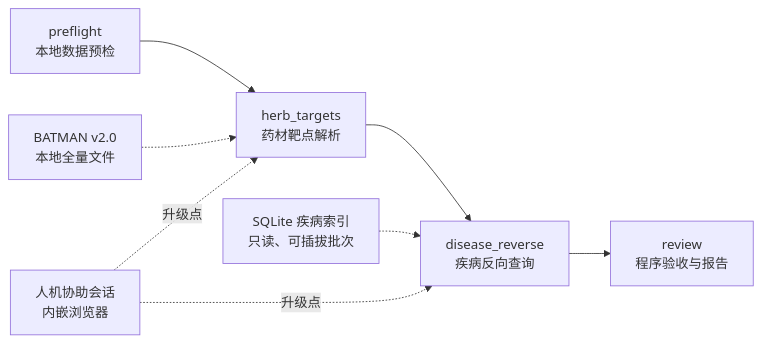
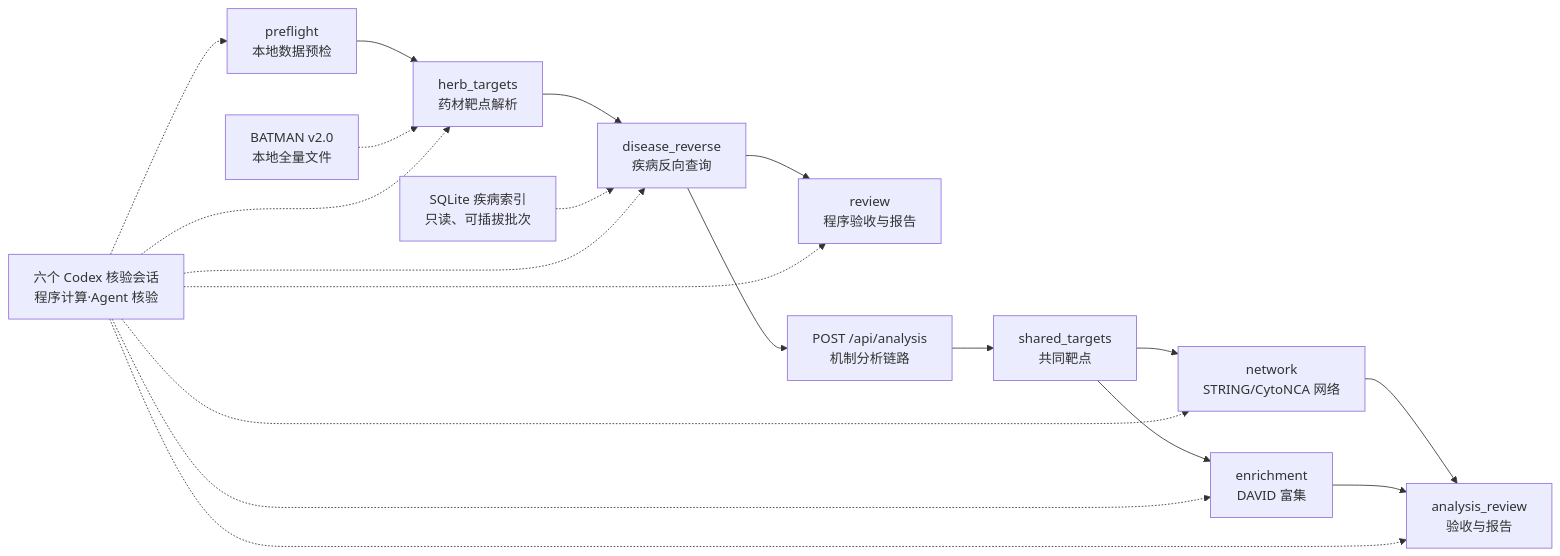
Before and after one commit to HappyLifeToCode/PharmacologyMultiAgent: the diagram in README.md, drawn with Mermaid. The commit also changed other lines of this file and 10 other files, not shown here.

````diff
--- a/README.md
+++ b/README.md
@@ -53,10 +55,21 @@
 ```mermaid
 flowchart LR
     A[preflight<br/>本地数据预检] --> B[herb_targets<br/>药材靶点解析]
     B --> C[disease_reverse<br/>疾病反向查询]
     C --> D[review<br/>程序验收与报告]
     E[BATMAN v2.0<br/>本地全量文件] -.-> B
     F[SQLite 疾病索引<br/>只读、可插拔批次] -.-> C
-    G[人机协助会话<br/>内嵌浏览器] -. 升级点 .-> B
-    G -. 升级点 .-> C
+    M[六个 Codex 核验会话<br/>程序计算·Agent 核验] -.-> A
+    M -.-> B
+    M -.-> C
+    M -.-> D
+    C --> N[POST /api/analysis<br/>机制分析链路]
+    N --> S[shared_targets<br/>共同靶点]
+    S --> T[network<br/>STRING/CytoNCA 网络]
+    S --> U[enrichment<br/>DAVID 富集]
+    T --> V[analysis_review<br/>验收与报告]
+    U --> V
+    M -.-> T
+    M -.-> U
+    M -.-> V
 ```
````
